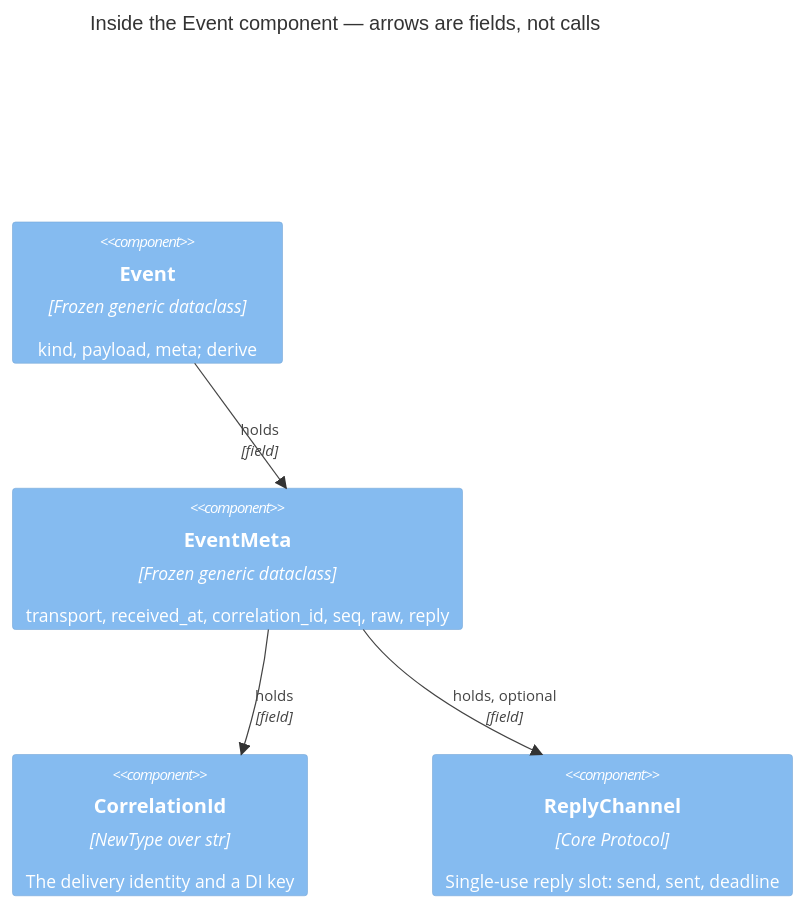
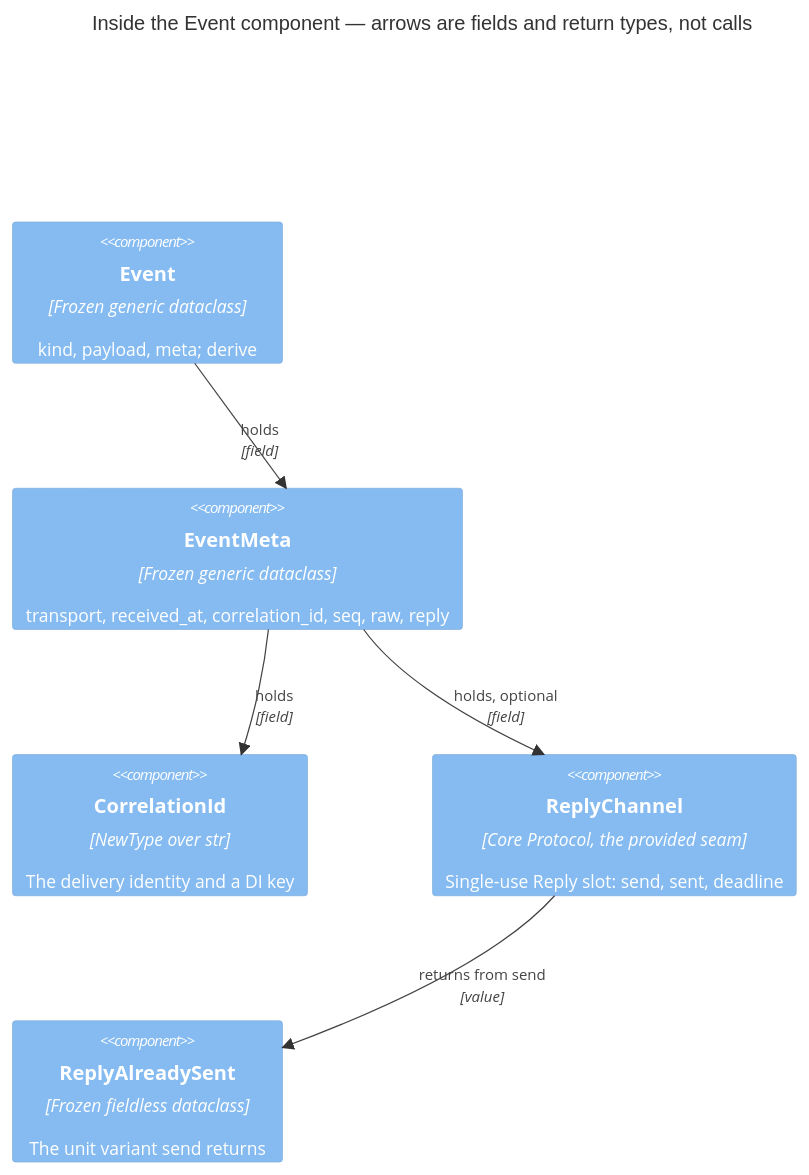
The second of 5 diagrams in docs/design/components/event.md (dmastapkovich/aiommbot), drawn with Mermaid before and after one commit. The commit also changed other lines of this file and 7 other files, not shown here.

Commit message:
docs(event): declared contravariance of R, derive over its own R2, ReplyAlreadySent in the Core (#86)

````diff
--- a/docs/design/components/event.md
+++ b/docs/design/components/event.md
@@ -150,11 +201,13 @@
 ```mermaid
 C4Component
-    title Inside the Event component — arrows are fields, not calls
+    title Inside the Event component — arrows are fields and return types, not calls
     Component(envelope, "Event", "Frozen generic dataclass", "kind, payload, meta; derive")
     Component(meta, "EventMeta", "Frozen generic dataclass", "transport, received_at, correlation_id, seq, raw, reply")
     Component(cid, "CorrelationId", "NewType over str", "The delivery identity and a DI key")
-    Component(reply, "ReplyChannel", "Core Protocol", "Single-use reply slot: send, sent, deadline")
+    Component(reply, "ReplyChannel", "Core Protocol, the provided seam", "Single-use Reply slot: send, sent, deadline")
+    Component(marker, "ReplyAlreadySent", "Frozen fieldless dataclass", "The unit variant send returns")
     Rel(envelope, meta, "holds", "field")
     Rel(meta, cid, "holds", "field")
     Rel(meta, reply, "holds, optional", "field")
+    Rel(reply, marker, "returns from send", "value")
 ```
````
